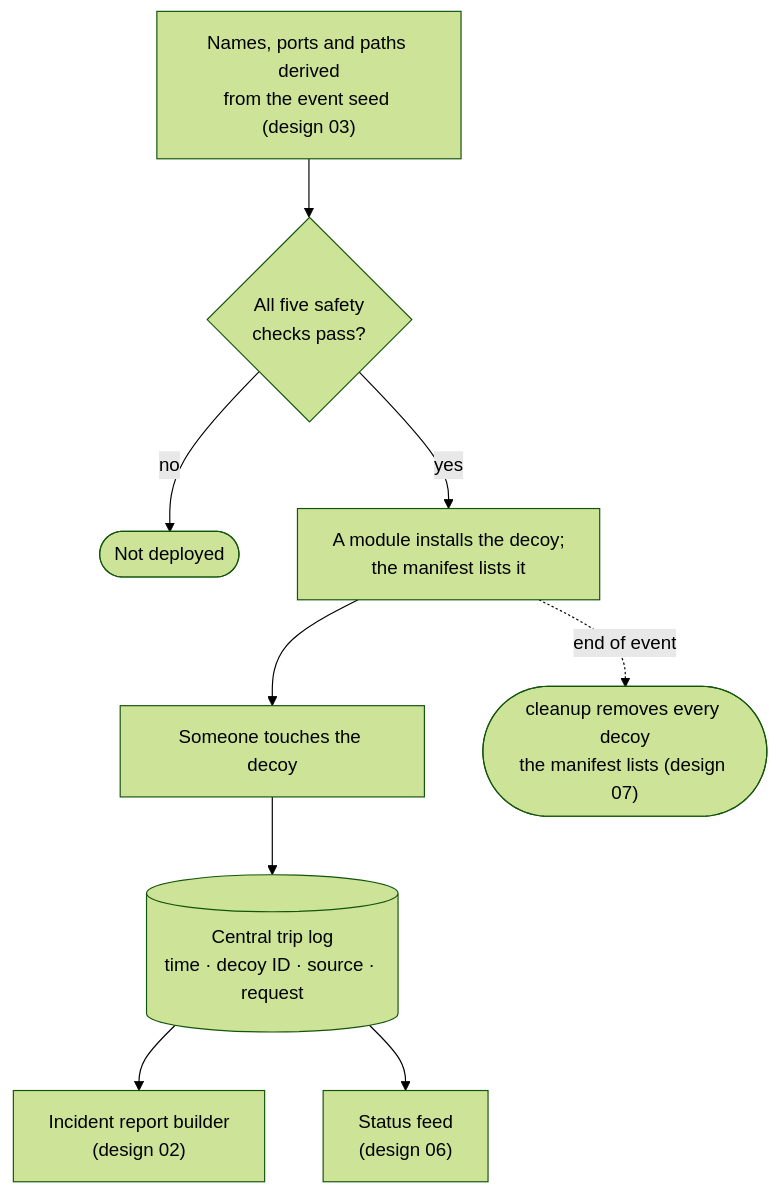
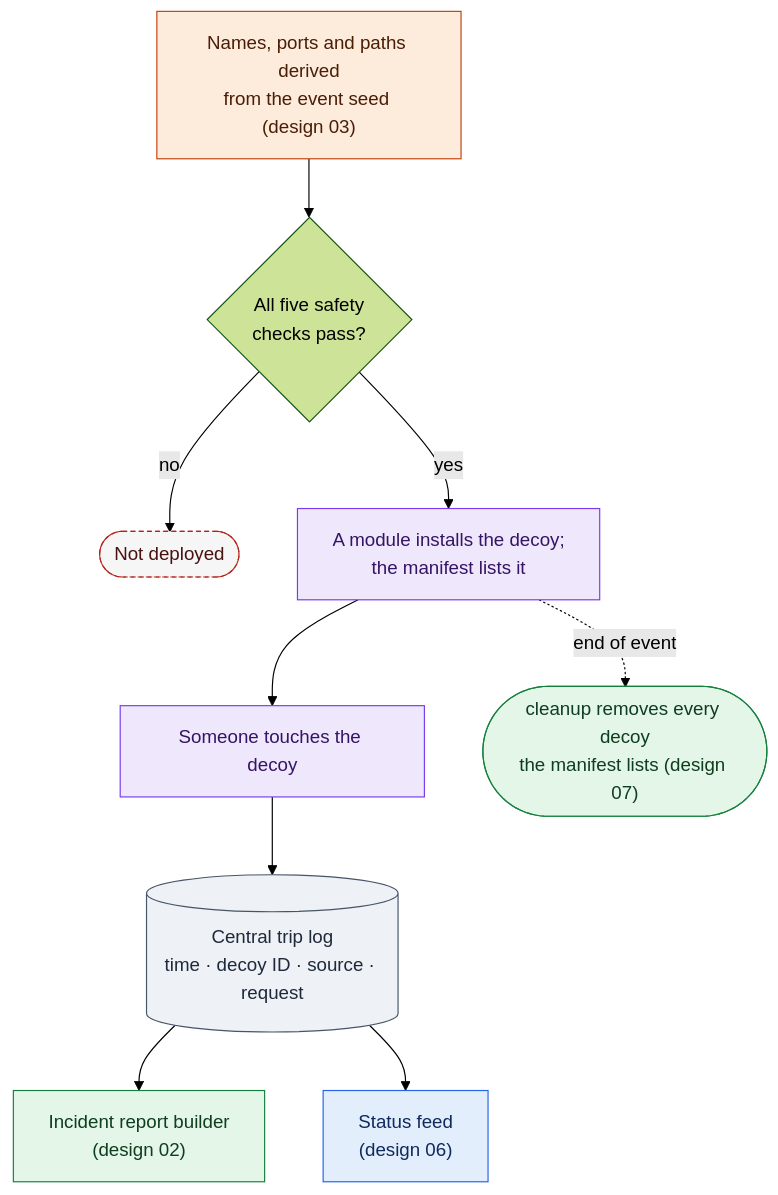
The diagram in docs/design/09-Deception-Maze-and-CVE-Decoys.md (dotnetdork/Labyrinth), drawn with Mermaid (forest theme) before and after one commit. The commit also changed other lines of this file and 12 other files, not shown here.

````diff
--- a/docs/design/09-Deception-Maze-and-CVE-Decoys.md
+++ b/docs/design/09-Deception-Maze-and-CVE-Decoys.md
@@ -54,11 +54,23 @@
 ```mermaid
 flowchart TD
     SEED["Names, ports and paths derived<br/>from the event seed (design 03)"] --> CHK{"All five safety<br/>checks pass?"}
     CHK -->|no| NOT(["Not deployed"])
     CHK -->|yes| DEP["A module installs the decoy;<br/>the manifest lists it"]
     DEP --> TRIP["Someone touches the decoy"]
     TRIP --> LOG[("Central trip log<br/>time · decoy ID · source · request")]
     LOG --> REP["Incident report builder<br/>(design 02)"]
     LOG --> FEED["Status feed<br/>(design 06)"]
     DEP -.->|"end of event"| CLN(["cleanup removes every decoy<br/>the manifest lists (design 07)"])
+    classDef secret fill:#fdebdc,stroke:#c2410c,color:#4a1d06
+    classDef deceive fill:#efe7fb,stroke:#7c3aed,color:#351465
+    classDef store fill:#eef1f5,stroke:#475569,color:#1e293b
+    classDef observe fill:#e3eefc,stroke:#2563eb,color:#0f2a5c
+    classDef sustain fill:#e3f6e8,stroke:#15803d,color:#0f3d20
+    classDef stop fill:#f6f6f6,stroke:#b42318,color:#4a1111,stroke-dasharray:4 3
+    class SEED secret
+    class DEP,TRIP deceive
+    class LOG store
+    class FEED observe
+    class REP,CLN sustain
+    class NOT stop
 ```
````
